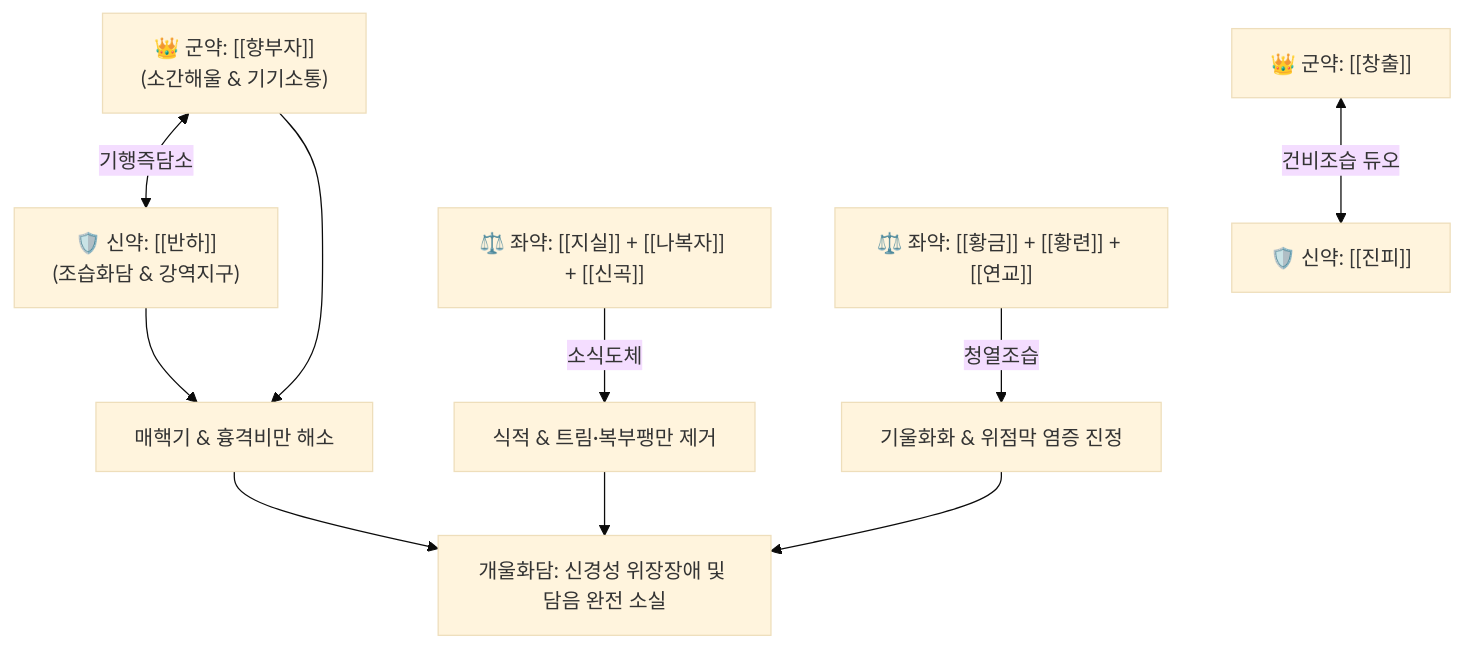
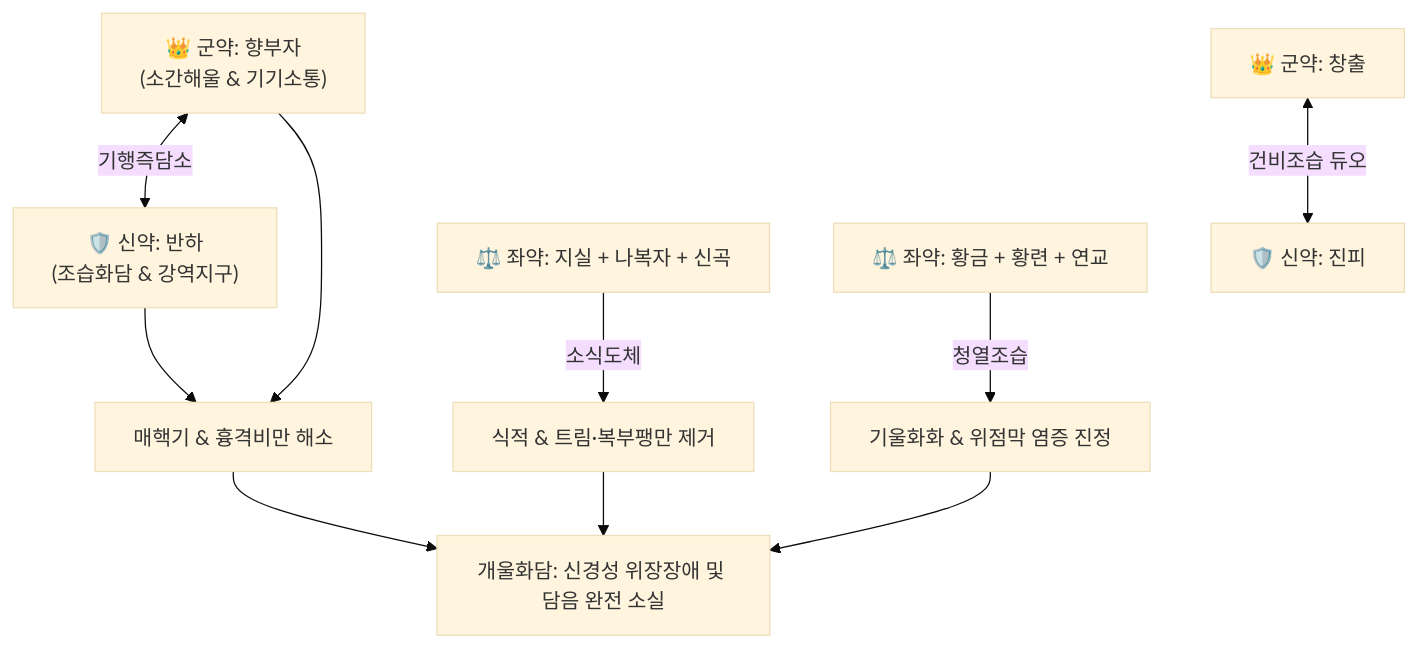
One commit to simbio11/simbio-digital-garden2 changed the diagram in content/2. 약리 공부/처방/03_화담·거습·이수제/개울화담전.md. Above: the diagram before and after it, drawn with Mermaid (base theme). The commit also changed other lines of this file and 323 other files, not shown here.

````diff
--- a/content/2. 약리 공부/처방/03_화담·거습·이수제/개울화담전.md
+++ b/content/2. 약리 공부/처방/03_화담·거습·이수제/개울화담전.md
@@ -52,9 +54,9 @@
 ```mermaid
 graph TD
-    HB["👑 군약: [[향부자]]<br>(소간해울 & 기기소통)"] <-->|기행즉담소| BH["🛡️ 신약: [[반하]]<br>(조습화담 & 강역지구)"]
-    CC["👑 군약: [[창출]]"] <-->|건비조습 듀오| JP["🛡️ 신약: [[진피]]"]
+    HB["👑 군약: 향부자<br>(소간해울 & 기기소통)"] <-->|기행즉담소| BH["🛡️ 신약: 반하<br>(조습화담 & 강역지구)"]
+    CC["👑 군약: 창출"] <-->|건비조습 듀오| JP["🛡️ 신약: 진피"]
     HB & BH --> X["매핵기 & 흉격비만 해소"]
-    JS["⚖️ 좌약: [[지실]] + [[나복자]] + [[신곡]]"] -->|소식도체| Y["식적 & 트림·복부팽만 제거"]
-    HL["⚖️ 좌약: [[황금]] + [[황련]] + [[연교]]"] -->|청열조습| Z["기울화화 & 위점막 염증 진정"]
+    JS["⚖️ 좌약: 지실 + 나복자 + 신곡"] -->|소식도체| Y["식적 & 트림·복부팽만 제거"]
+    HL["⚖️ 좌약: 황금 + 황련 + 연교"] -->|청열조습| Z["기울화화 & 위점막 염증 진정"]
     X & Y & Z --> Final["개울화담: 신경성 위장장애 및 담음 완전 소실"]
 ```
````
